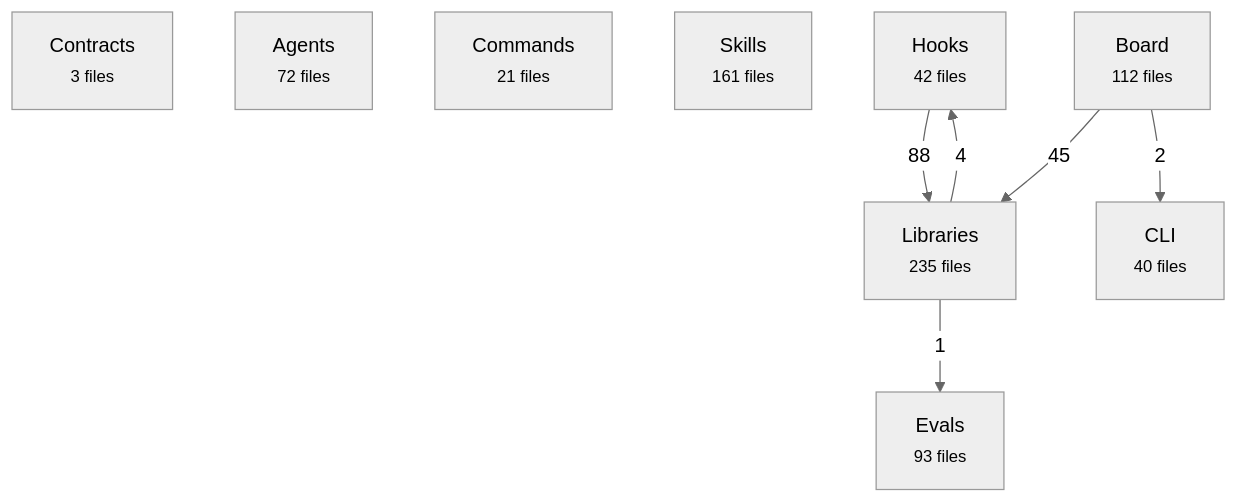
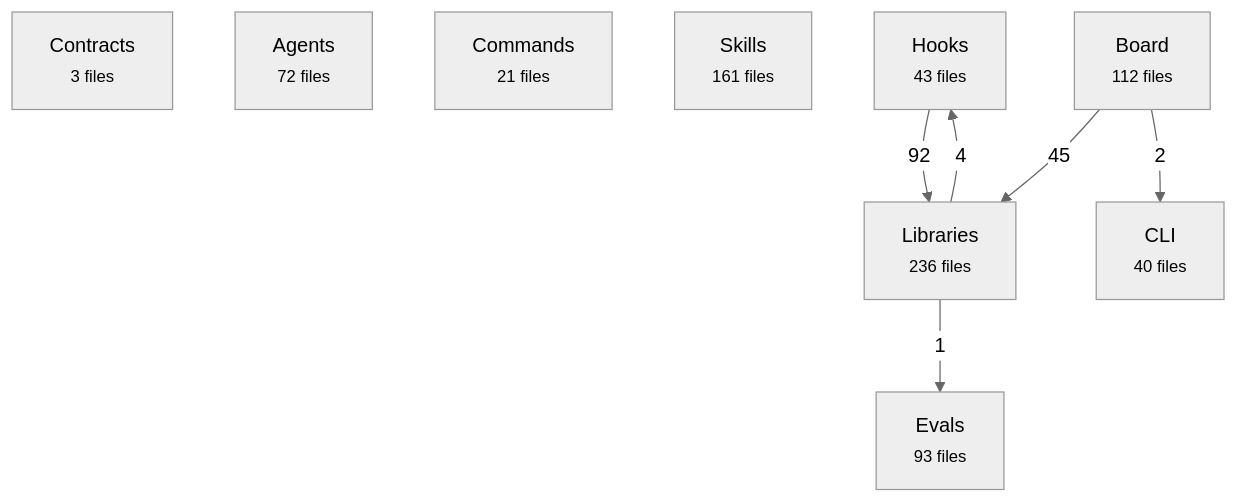
One commit to avelikiy/great_cto changed the first of 2 diagrams in docs/reference/architecture-map.md. Above: the diagram before and after it, drawn with Mermaid (neutral theme). The commit also changed other lines of this file and 7 other files, not shown here.

````diff
--- a/docs/reference/architecture-map.md
+++ b/docs/reference/architecture-map.md
@@ -20,17 +20,17 @@
 ```mermaid
 flowchart TD
   contracts["Contracts<br/><small>3 files</small>"]
   agents["Agents<br/><small>72 files</small>"]
   commands["Commands<br/><small>21 files</small>"]
   skills["Skills<br/><small>161 files</small>"]
-  hooks["Hooks<br/><small>42 files</small>"]
-  libs["Libraries<br/><small>235 files</small>"]
+  hooks["Hooks<br/><small>43 files</small>"]
+  libs["Libraries<br/><small>236 files</small>"]
   board["Board<br/><small>112 files</small>"]
   cli["CLI<br/><small>40 files</small>"]
   evals["Evals<br/><small>93 files</small>"]
-  hooks -->|88| libs
+  hooks -->|92| libs
   board -->|45| libs
   libs -->|4| hooks
   board -->|2| cli
   libs -->|1| evals
 ```
````
